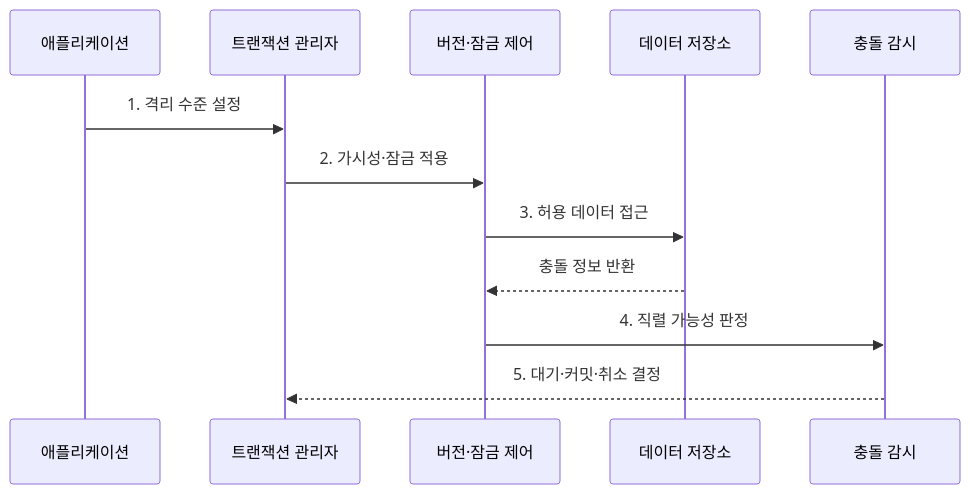
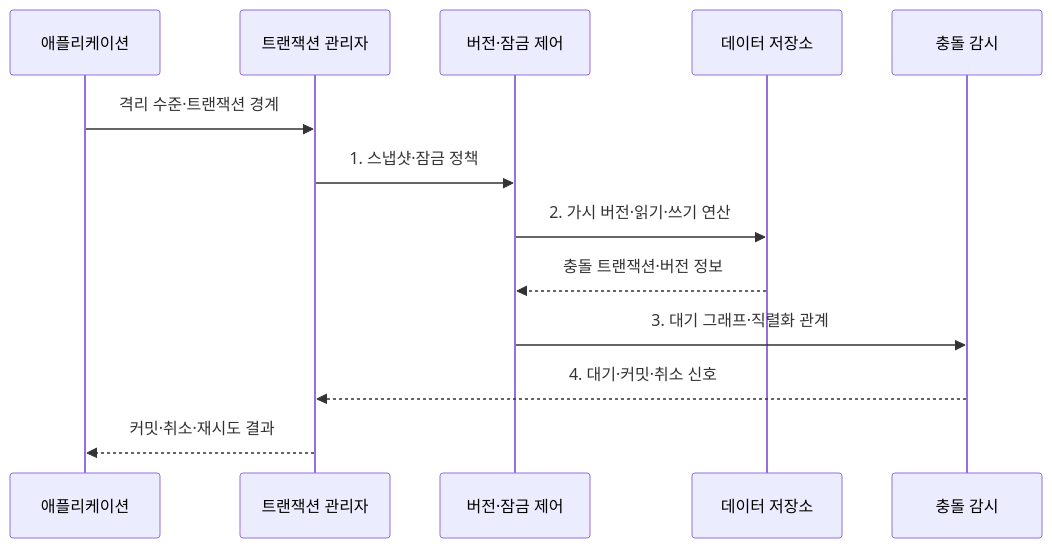
The second of 2 diagrams in src/content/docs/notes/03-software/086_transaction_isolation_levels.md (agnusdei1207/knowledge-base), drawn with Mermaid before and after one commit. The commit also changed other lines of this file and 20 other files, not shown here.

````diff
--- a/src/content/docs/notes/03-software/086_transaction_isolation_levels.md
+++ b/src/content/docs/notes/03-software/086_transaction_isolation_levels.md
@@ -81,14 +89,15 @@
 ```mermaid
 sequenceDiagram
     participant A as 애플리케이션
     participant T as 트랜잭션 관리자
     participant V as 버전·잠금 제어
     participant D as 데이터 저장소
     participant M as 충돌 감시
-    A->>T: 1. 격리 수준 설정
-    T->>V: 2. 가시성·잠금 적용
-    V->>D: 3. 허용 데이터 접근
-    D-->>V: 충돌 정보 반환
-    V->>M: 4. 직렬 가능성 판정
-    M-->>T: 5. 대기·커밋·취소 결정
+    A->>T: 격리 수준·트랜잭션 경계
+    T->>V: 1. 스냅샷·잠금 정책
+    V->>D: 2. 가시 버전·읽기·쓰기 연산
+    D-->>V: 충돌 트랜잭션·버전 정보
+    V->>M: 3. 대기 그래프·직렬화 관계
+    M-->>T: 4. 대기·커밋·취소 신호
+    T-->>A: 커밋·취소·재시도 결과
 ```
````
